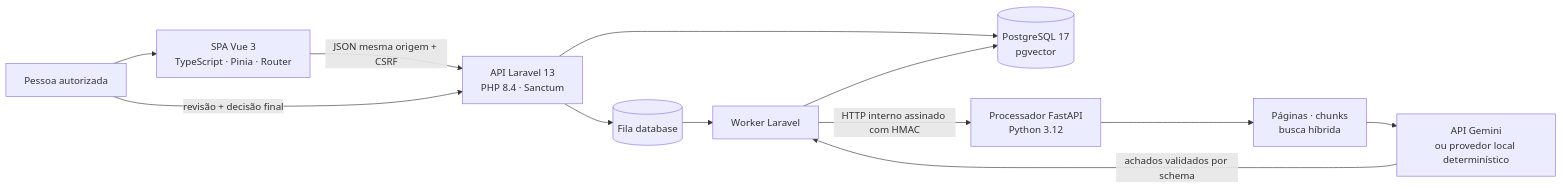
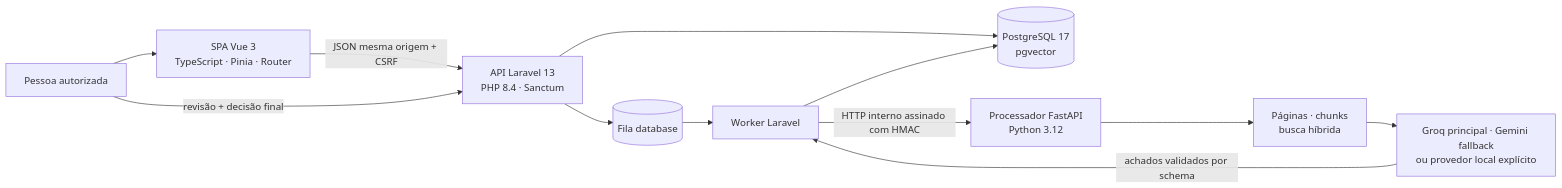
Before and after one commit to Hugueninfer/complyflow-ai: the first of 2 diagrams in README.pt-BR.md, drawn with Mermaid. The commit also changed other lines of this file and 19 other files, not shown here.

Commit message:
feat(ai): add Groq primary with Gemini fallback

````diff
--- a/README.pt-BR.md
+++ b/README.pt-BR.md
@@ -133,14 +133,14 @@
 ```mermaid
 flowchart LR
     Pessoa[Pessoa autorizada] --> Vue[SPA Vue 3<br/>TypeScript · Pinia · Router]
     Vue -->|JSON mesma origem + CSRF| Laravel[API Laravel 13<br/>PHP 8.4 · Sanctum]
     Laravel --> PostgreSQL[(PostgreSQL 17<br/>pgvector)]
     Laravel --> Fila[(Fila database)]
     Fila --> Worker[Worker Laravel]
     Worker -->|HTTP interno assinado com HMAC| FastAPI[Processador FastAPI<br/>Python 3.12]
     FastAPI --> Pipeline[Páginas · chunks<br/>busca híbrida]
-    Pipeline --> Provider[API Gemini<br/>ou provedor local determinístico]
+    Pipeline --> Provider[Groq principal · Gemini fallback<br/>ou provedor local explícito]
     Provider -->|achados validados por schema| Worker
     Worker --> PostgreSQL
     Pessoa -->|revisão + decisão final| Laravel
 ```
````
